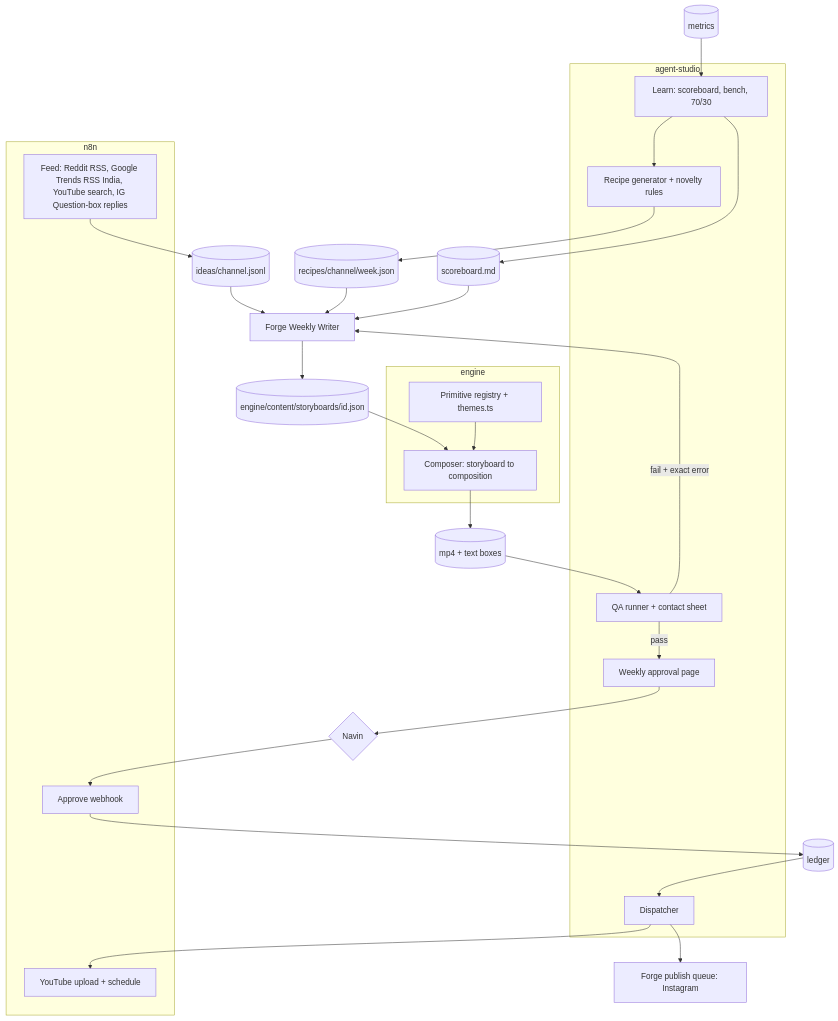
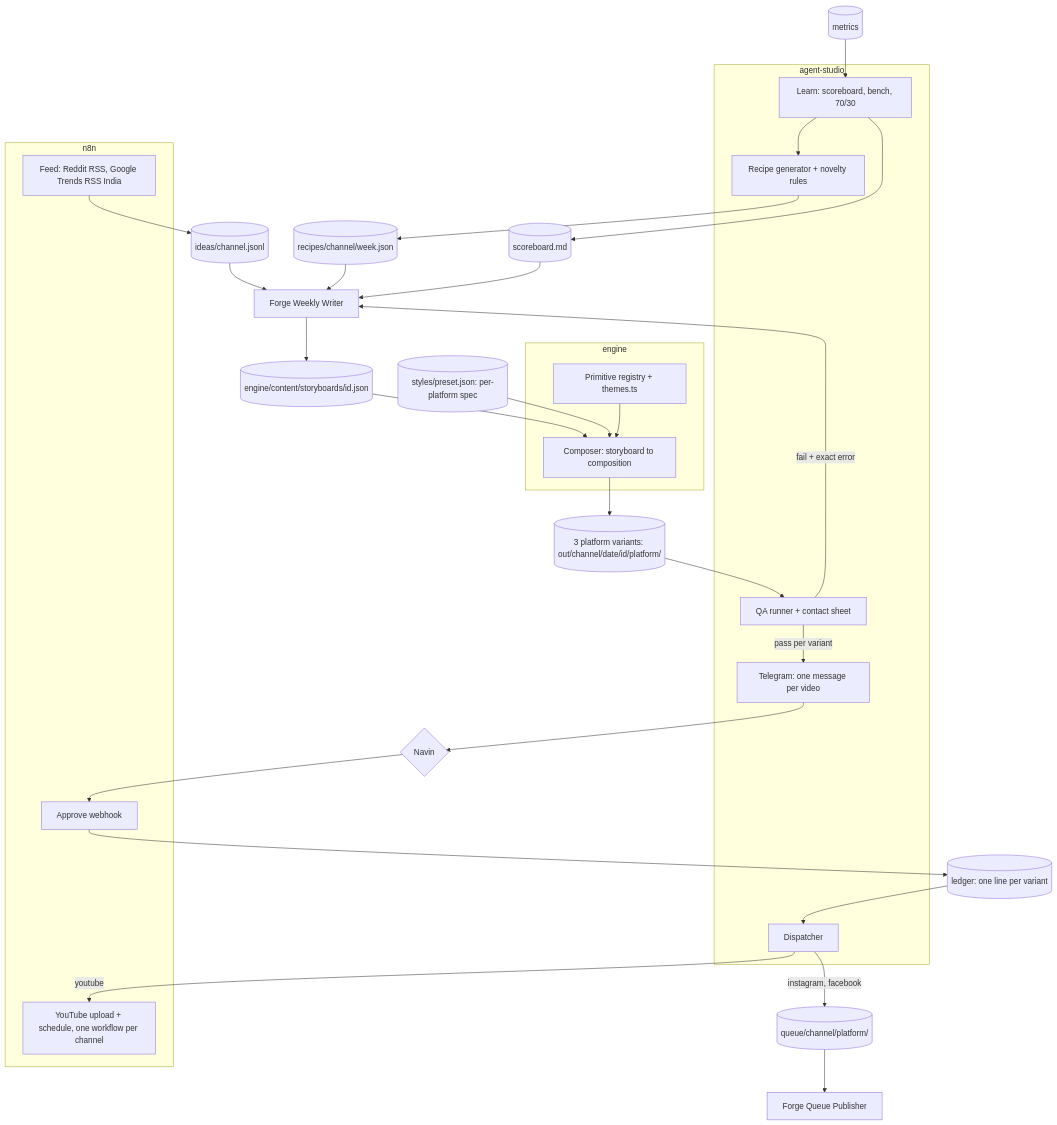
The diagram in docs/TECH.md (navin-labs/agent-studio), drawn with Mermaid before and after one commit. The commit also changed other lines of this file and 147 other files, not shown here.

````diff
--- a/docs/TECH.md
+++ b/docs/TECH.md
@@ -6,32 +6,33 @@
 ```mermaid
 flowchart TB
   subgraph n8n
-    FEED[Feed: Reddit RSS, Google Trends RSS India, YouTube search, IG Question-box replies]
-    YT[YouTube upload + schedule]
+    FEED[Feed: Reddit RSS, Google Trends RSS India]
+    YT[YouTube upload + schedule, one workflow per channel]
     HOOK[Approve webhook]
   end
   subgraph agent-studio
     RECIPE[Recipe generator + novelty rules]
     QA[QA runner + contact sheet]
     PAGE[Weekly approval page]
     DISP[Dispatcher]
     LEARN[Learn: scoreboard, bench, 70/30]
   end
   subgraph engine
     COMP[Composer: storyboard to composition]
     PRIM[Primitive registry + themes.ts]
   end
   FORGE[Forge Weekly Writer]
   FEED --> IDEAS[(ideas/channel.jsonl)] --> FORGE
   RECIPE --> REC[(recipes/channel/week.json)] --> FORGE
   LEARN --> SB[(scoreboard.md)] --> FORGE
   FORGE --> SBJ[(engine/content/storyboards/id.json)] --> COMP
-  PRIM --> COMP --> MP4[(mp4 + text boxes)] --> QA
+  STYLE[(styles/preset.json: per-platform spec)] --> COMP
+  PRIM --> COMP --> MP4[(3 platform variants: out/channel/date/id/platform/)] --> QA
   QA -- fail + exact error --> FORGE
-  QA -- pass --> PAGE --> NAVIN{Navin}
-  NAVIN --> HOOK --> LEDGER[(ledger)]
+  QA -- pass per variant --> PAGE[Telegram: one message per video] --> NAVIN{Navin}
+  NAVIN --> HOOK --> LEDGER[(ledger: one line per variant)]
   LEDGER --> DISP
-  DISP --> YT
-  DISP --> FQ[Forge publish queue: Instagram]
+  DISP -- youtube --> YT
+  DISP -- instagram, facebook --> FQ[(queue/channel/platform/)] --> FPUB[Forge Queue Publisher]
   METRICS[(metrics)] --> LEARN --> RECIPE
 ```
````
